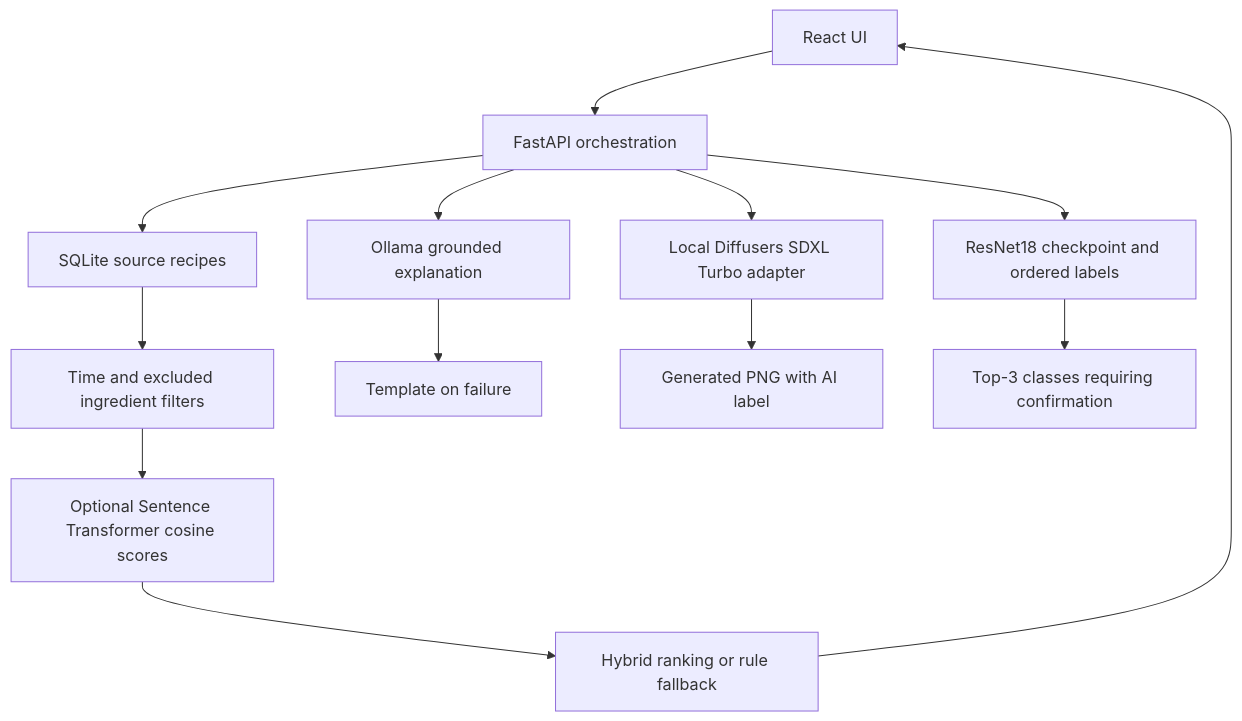
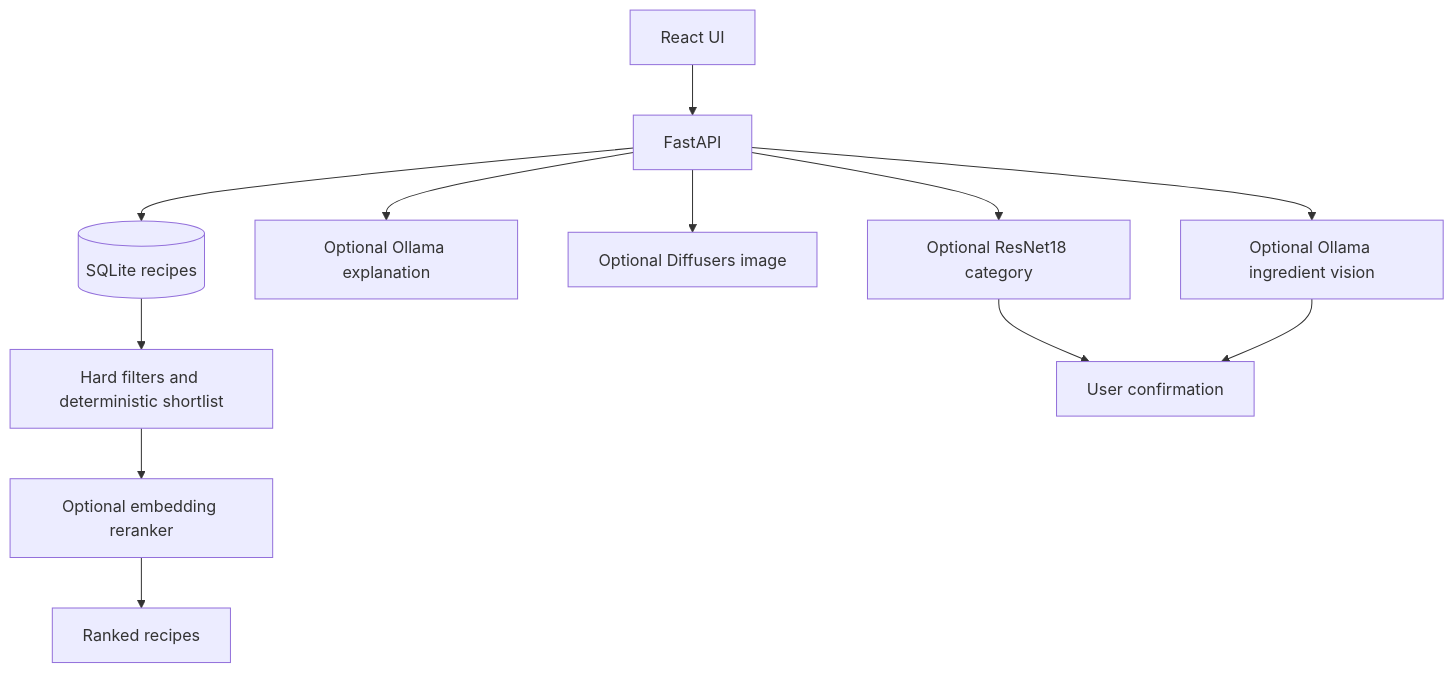
One commit to Bamboo020/AI-Powered-Recipe-Recommendation-and-Dish-Image-Generator changed the diagram in docs/ai-architecture.md. Above: the diagram before and after it, drawn with Mermaid. The commit also changed other lines of this file and 17 other files, not shown here.

````diff
--- a/docs/ai-architecture.md
+++ b/docs/ai-architecture.md
@@ -5,15 +7,14 @@
 ```mermaid
 flowchart TD
-  UI[React UI] --> API[FastAPI orchestration]
-  API --> SQL[SQLite source recipes]
-  SQL --> Filter[Time and excluded ingredient filters]
-  Filter --> Encoder[Optional Sentence Transformer cosine scores]
-  Encoder --> Rank[Hybrid ranking or rule fallback]
-  Rank --> UI
-  API --> LLM[Ollama grounded explanation]
-  LLM --> Fallback[Template on failure]
-  API --> Diffusion[Local Diffusers SDXL Turbo adapter]
-  Diffusion --> Assets[Generated PNG with AI label]
-  API --> CNN[ResNet18 checkpoint and ordered labels]
-  CNN --> Confirm[Top-3 classes requiring confirmation]
+  UI[React UI] --> API[FastAPI]
+  API --> DB[(SQLite recipes)]
+  DB --> Rules[Hard filters and deterministic shortlist]
+  Rules --> Encoder[Optional embedding reranker]
+  Encoder --> Results[Ranked recipes]
+  API --> LLM[Optional Ollama explanation]
+  API --> Diffusion[Optional Diffusers image]
+  API --> CNN[Optional ResNet18 category]
+  API --> Vision[Optional Ollama ingredient vision]
+  CNN --> Confirm[User confirmation]
+  Vision --> Confirm
 ```
````
